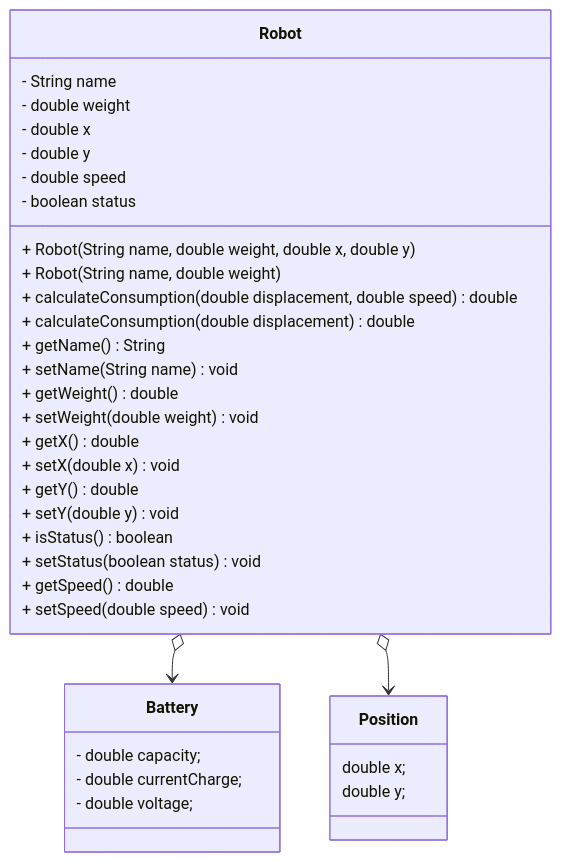
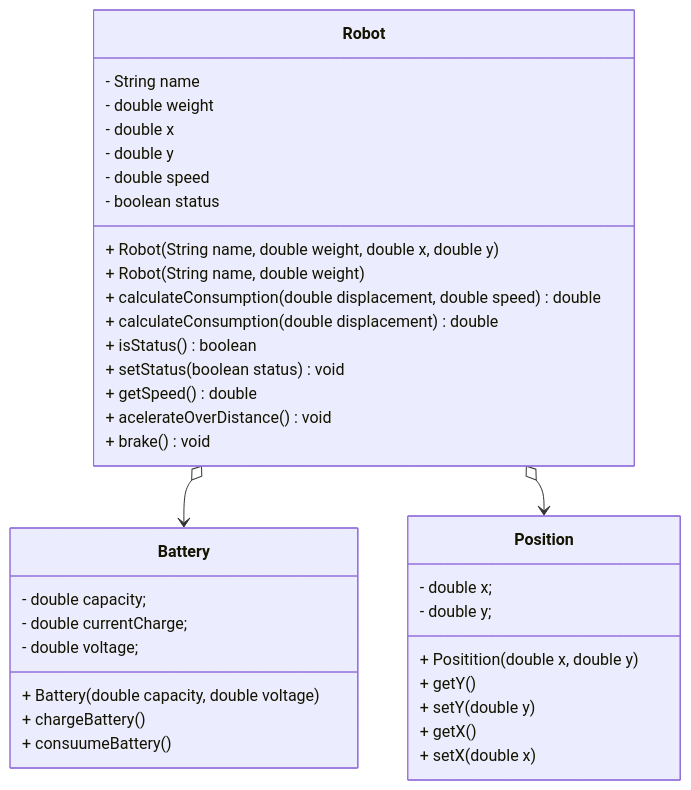
Before and after one commit to lucasgch/POO: the diagram in aulas/2026-09-30/readme.md, drawn with Mermaid. The commit also changed 3 other files, not shown here.

````diff
--- a/aulas/2026-09-30/readme.md
+++ b/aulas/2026-09-30/readme.md
@@ -9,41 +9,41 @@
 ```mermaid
 classDiagram
     class Robot {
         - String name
         - double weight
         - double x
         - double y
         - double speed
         - boolean status
         + Robot(String name, double weight, double x, double y)
         + Robot(String name, double weight)
         + calculateConsumption(double displacement, double speed) double
         + calculateConsumption(double displacement) double
-        + getName() String
-        + setName(String name) void
-        + getWeight() double
-        + setWeight(double weight) void
-        + getX() double
-        + setX(double x) void
-        + getY() double
-        + setY(double y) void
         + isStatus() boolean
         + setStatus(boolean status) void
         + getSpeed() double
-        + setSpeed(double speed) void
+        + acelerateOverDistance() void
+        + brake() void
     }
     
     class Battery{
         - double capacity;
         - double currentCharge;
         - double voltage;
+        + Battery (double capacity, double voltage)
+        + chargeBattery()
+        + consuumeBattery()
     }
     
     class Position{
-        double x;
-        double y;
+        - double x;
+        - double y;
+        + Positition(double x, double y)
+        + getY()
+        + setY(double y)
+        + getX()
+        + setX(double x)        
     }
-    
     Robot o--> Battery
     Robot o--> Position
 ```
````
